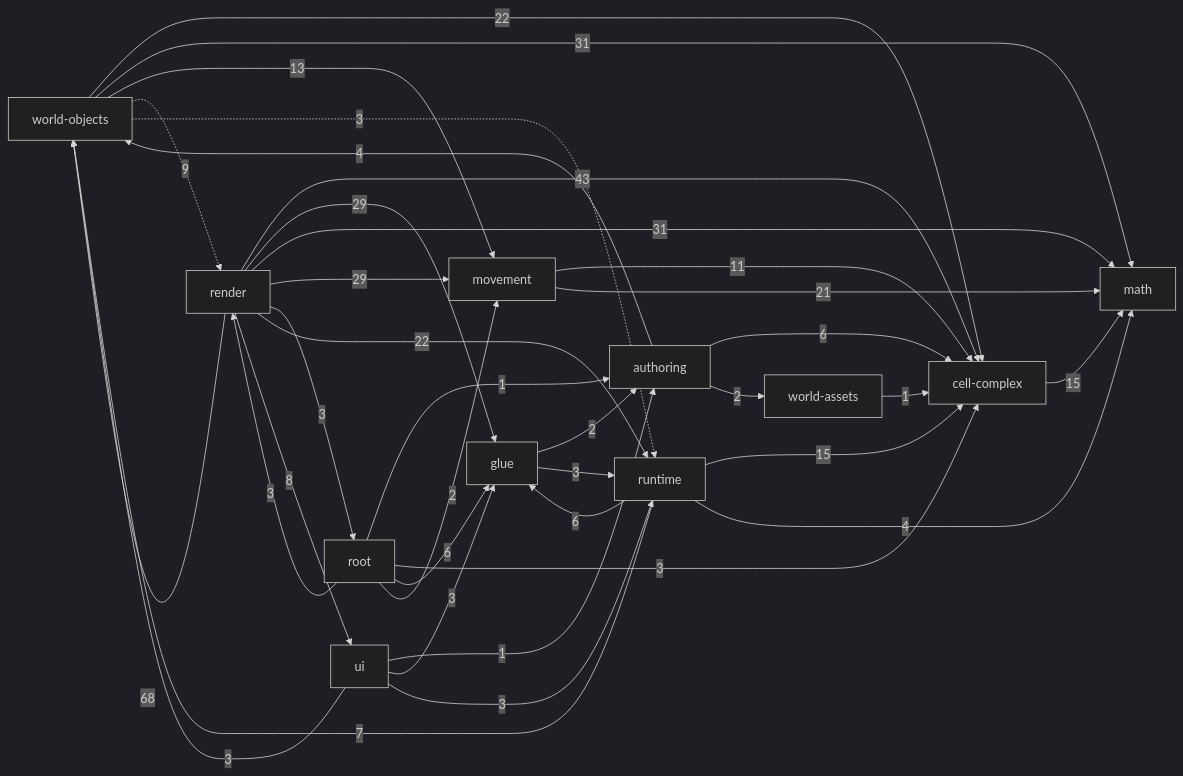
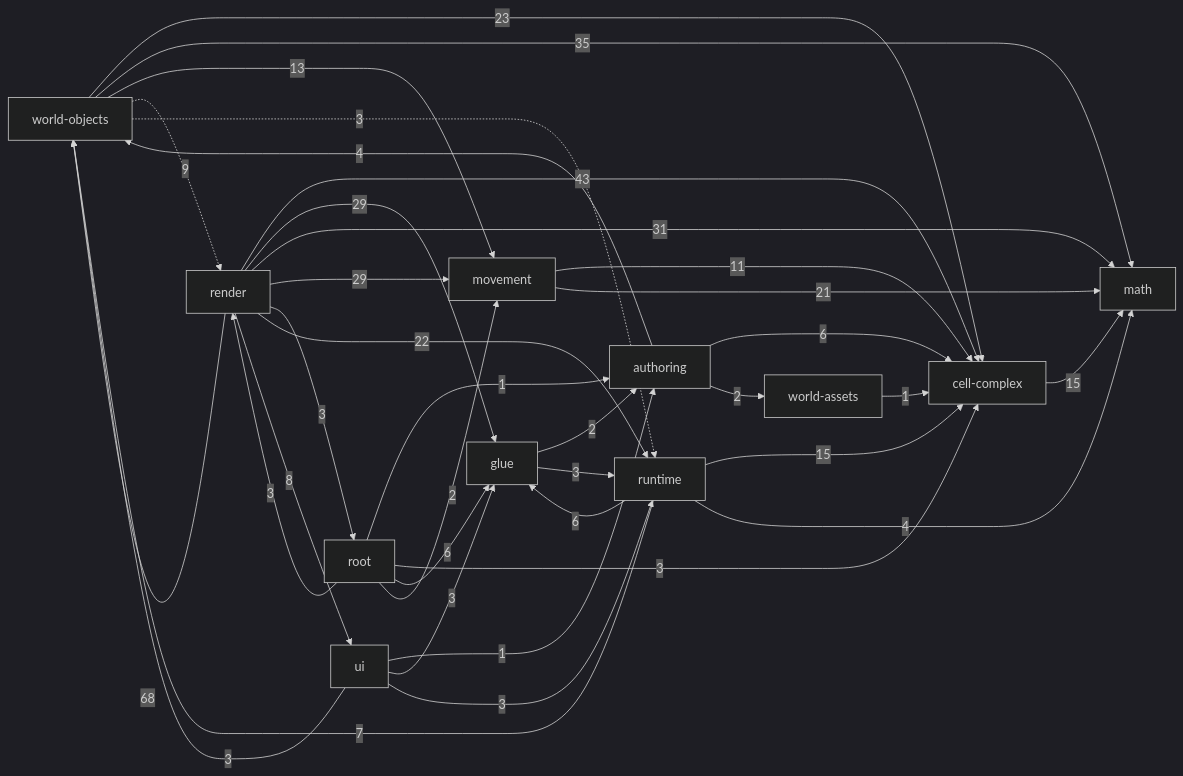
Before and after one commit to guraltsev/noneuclid-fpv: the diagram in _docs/generated/ARCHITECTURE_REFERENCE.md, drawn with Mermaid (dark theme). The commit also changed other lines of this file and 4 other files, not shown here.

````diff
--- a/_docs/generated/ARCHITECTURE_REFERENCE.md
+++ b/_docs/generated/ARCHITECTURE_REFERENCE.md
@@ -32,49 +32,49 @@
 ```mermaid
 flowchart LR
   math["math"]
   cell_complex["cell-complex"]
   movement["movement"]
   world_assets["world-assets"]
   world_objects["world-objects"]
   authoring["authoring"]
   runtime["runtime"]
   ui["ui"]
   glue["glue"]
   render["render"]
   root["root"]
   authoring -->|6| cell_complex
   authoring -->|2| world_assets
   authoring -->|4| world_objects
   cell_complex -->|15| math
   glue -->|2| authoring
   glue -->|3| runtime
   movement -->|11| cell_complex
   movement -->|21| math
   render -->|43| cell_complex
   render -->|29| glue
   render -->|31| math
   render -->|29| movement
   render -->|3| root
   render -->|22| runtime
   render -->|8| ui
   render -->|68| world_objects
   root -->|1| authoring
   root -->|3| cell_complex
   root -->|6| glue
   root -->|2| movement
   root -->|3| render
   runtime -->|15| cell_complex
   runtime -->|6| glue
   runtime -->|4| math
   runtime -->|7| world_objects
   ui -->|1| authoring
   ui -->|3| glue
   ui -->|3| runtime
   ui -->|3| world_objects
   world_assets -->|1| cell_complex
-  world_objects -->|22| cell_complex
-  world_objects -->|31| math
+  world_objects -->|23| cell_complex
+  world_objects -->|35| math
   world_objects -->|13| movement
   world_objects -.->|9| render
   world_objects -.->|3| runtime
 ```
````
